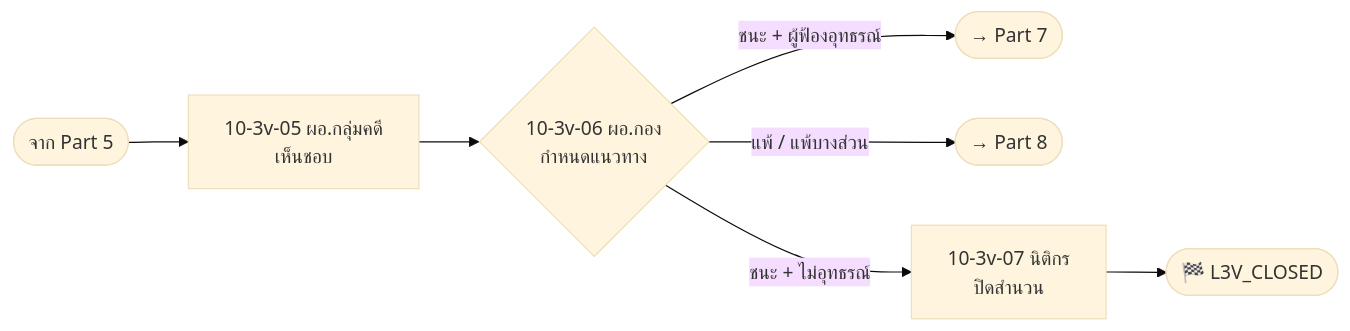
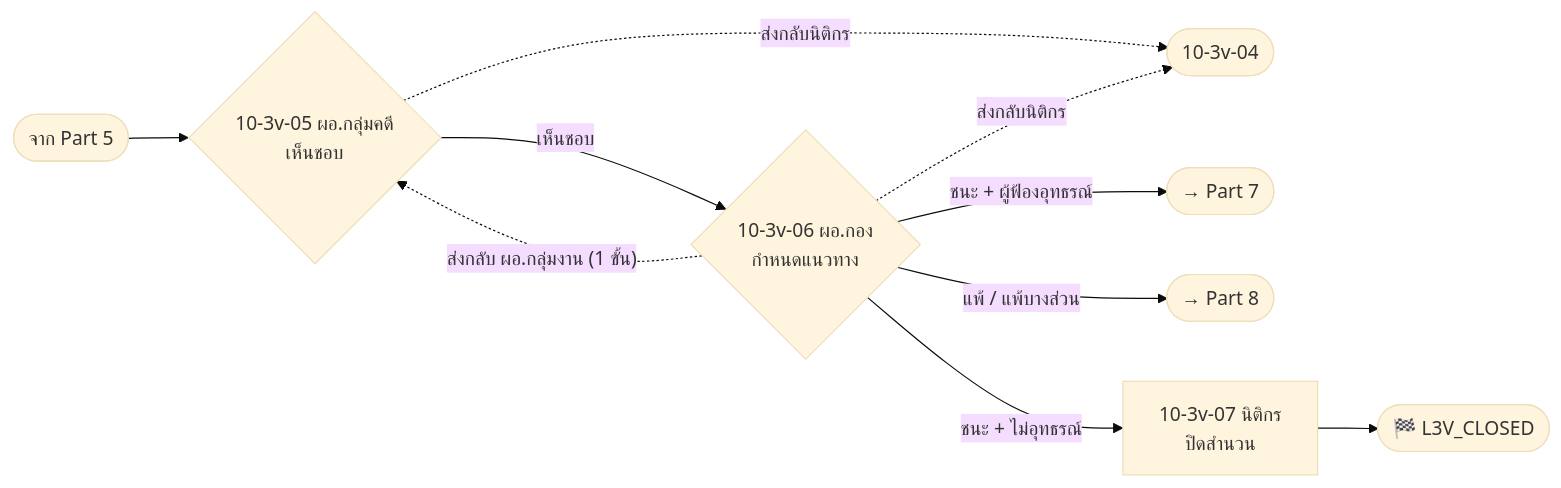
One commit to varitthon/E-CMIS-A4 changed the sixth of 13 diagrams in docs/activity10-flow-10.3.md. Above: the diagram before and after it, drawn with Mermaid (base theme). The commit also changed other lines of this file and 181 other files, not shown here.

First line of the commit message:
feat: ปรับ flow หลังประชุมคณะกรรมการ 14/10 — ตัดขั้นตอนมอบหมาย ผอ.กฎหมาย + เพิ่มระบบคำพิพากษา

````diff
--- a/docs/activity10-flow-10.3.md
+++ b/docs/activity10-flow-10.3.md
@@ -194,8 +214,12 @@
 ```mermaid
 flowchart LR
-  S(["จาก Part 5"]) --> V5["10-3v-05 ผอ.กลุ่มคดี<br/>เห็นชอบ"] --> V6{"10-3v-06 ผอ.กอง<br/>กำหนดแนวทาง"}
+  S(["จาก Part 5"]) --> V5{"10-3v-05 ผอ.กลุ่มคดี<br/>เห็นชอบ"}
+  V5 -. ส่งกลับนิติกร .-> V4(["10-3v-04"])
+  V5 -- เห็นชอบ --> V6{"10-3v-06 ผอ.กอง<br/>กำหนดแนวทาง"}
+  V6 -. "ส่งกลับ ผอ.กลุ่มงาน (1 ขั้น)" .-> V5
+  V6 -. ส่งกลับนิติกร .-> V4
   V6 -- "ชนะ + ผู้ฟ้องอุทธรณ์" --> O7(["→ Part 7"])
   V6 -- "แพ้ / แพ้บางส่วน" --> O8(["→ Part 8"])
   V6 -- "ชนะ + ไม่อุทธรณ์" --> V7["10-3v-07 นิติกร<br/>ปิดสำนวน"] --> T(["🏁 L3V_CLOSED"])
   classDef ext fill:#eeeeee,stroke:#999999,stroke-dasharray:5 5,color:#555555
 ```
````
